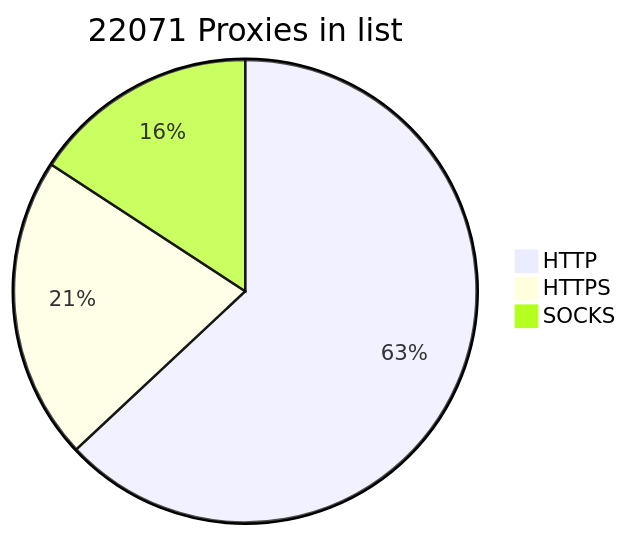
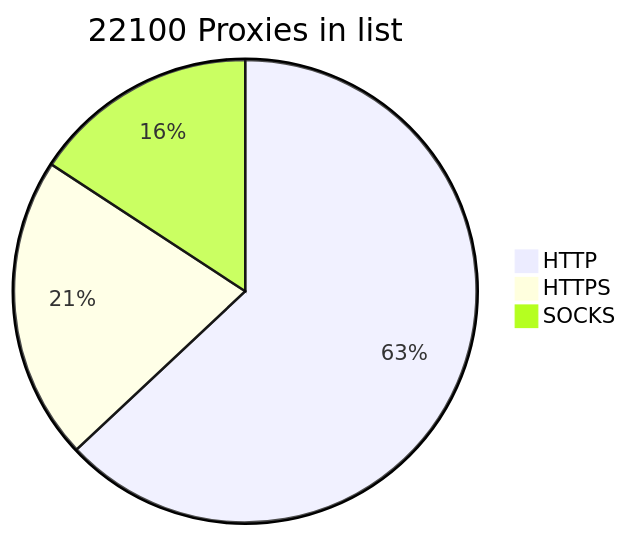
Before and after one commit to BlackSnowDot/proxylist-update-every-minute: the diagram in README.md, drawn with Mermaid.

````diff
--- a/README.md
+++ b/README.md
@@ -2,6 +2,6 @@
 ```mermaid
-pie title 22071 Proxies in list
-    "HTTP" : 15861
-    "HTTPS": 5331
+pie title 22100 Proxies in list
+    "HTTP" : 15873
+    "HTTPS": 5345
     "SOCKS" : 3974
 ```
````
